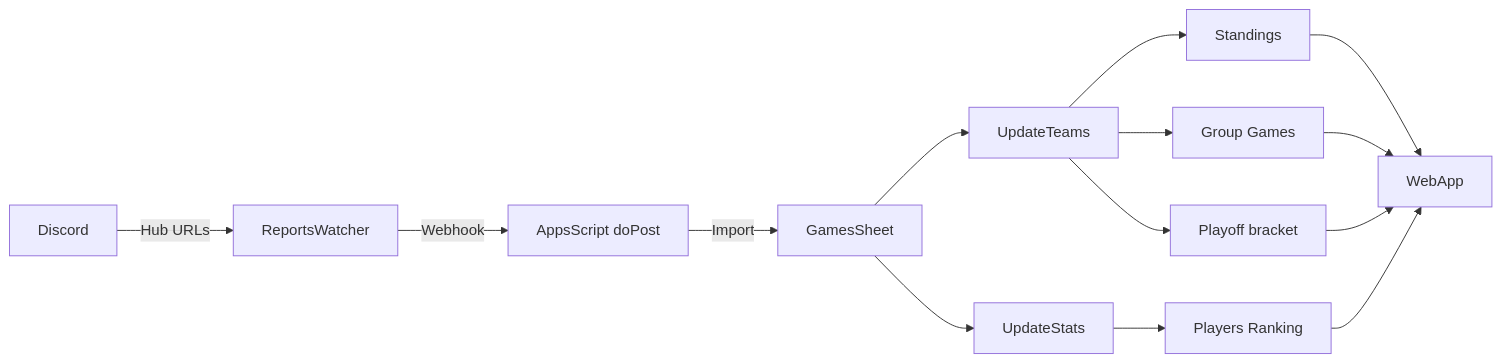
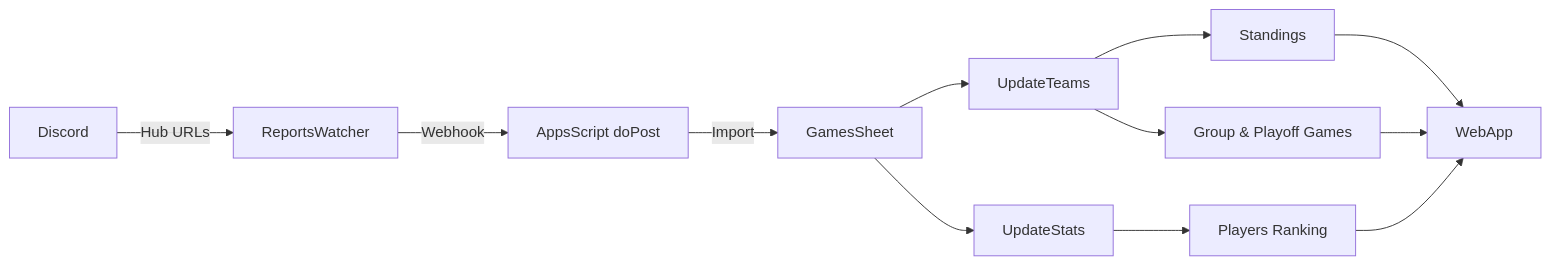
The first of 3 diagrams in README.md (kindzal/qw-tourney-management), drawn with Mermaid before and after one commit. The commit also changed other lines of this file, not shown here.

````diff
--- a/README.md
+++ b/README.md
@@ -146,16 +144,14 @@
 ```mermaid
 flowchart LR
   Discord -->|Hub URLs| ReportsWatcher
   ReportsWatcher -->|Webhook| AppsScript[AppsScript doPost]
   AppsScript -->|Import| GamesSheet
   GamesSheet --> UpdateStats
   GamesSheet --> UpdateTeams
   UpdateStats --> Ranking[Players Ranking]
   UpdateTeams --> Standings
-  UpdateTeams --> TeamGames[Group Games]
-  UpdateTeams --> TeamGamesPlayoffs[Playoff bracket]
+  UpdateTeams --> TeamGames[Group & Playoff Games]
   Standings --> WebApp
   TeamGames --> WebApp
-  TeamGamesPlayoffs --> WebApp
   Ranking --> WebApp
 ```
````
